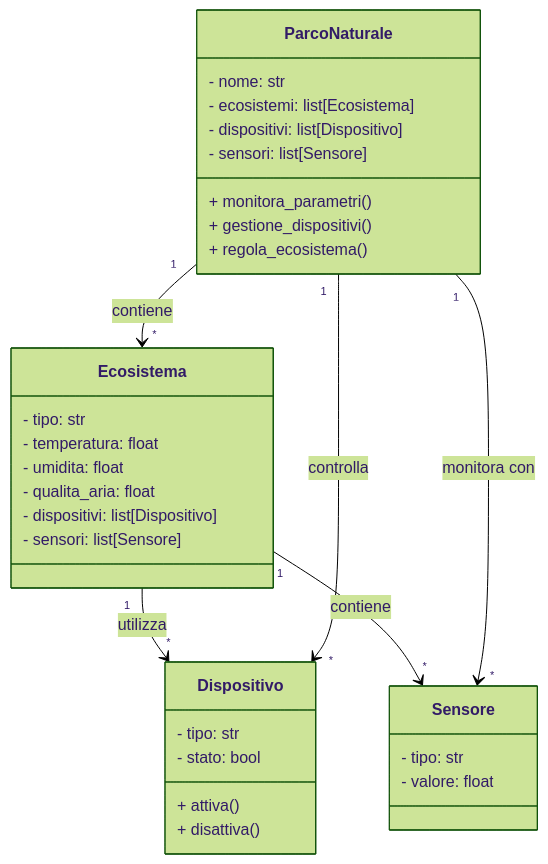
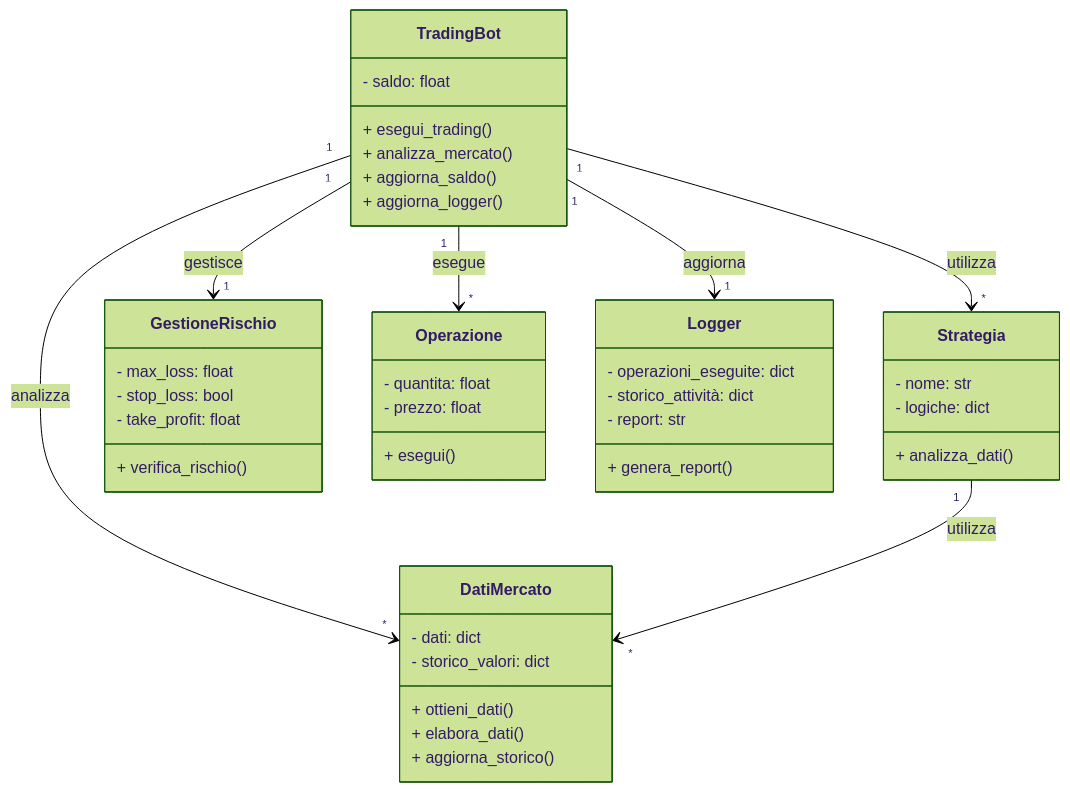
One commit to LucaBernardinii/esercizi_4M changed the diagram in esercizio_029/bernardini_es029.md. Above: the diagram before and after it, drawn with Mermaid (forest theme). The commit also changed 3 other files, not shown here.

````diff
--- a/esercizio_029/bernardini_es029.md
+++ b/esercizio_029/bernardini_es029.md
@@ -1,39 +1,51 @@
 ```mermaid
     classDiagram
-    class ParcoNaturale {
-        - nome: str
-        - ecosistemi: list[Ecosistema]
-        - dispositivi: list[Dispositivo]
-        - sensori: list[Sensore]
-        + monitora_parametri()
-        + gestione_dispositivi()
-        + regola_ecosistema()
-    }
-
-    class Ecosistema {
-        - tipo: str
-        - temperatura: float
-        - umidita: float
-        - qualita_aria: float
-        - dispositivi: list[Dispositivo]
-        - sensori: list[Sensore]
-    }
-
-    class Dispositivo {
-        - tipo: str
-        - stato: bool
-        + attiva()
-        + disattiva()
-    }
-
-    class Sensore {
-        - tipo: str
-        - valore: float
+        class TradingBot {
+            - saldo: float
+            + esegui_trading()
+            + analizza_mercato() 
+            + aggiorna_saldo()
+            + aggiorna_logger()
         }
 
-    ParcoNaturale "1" --> "*" Ecosistema: contiene
-    Ecosistema "1" --> "*" Dispositivo: utilizza
-    Ecosistema "1" --> "*" Sensore: contiene
-    ParcoNaturale "1" --> "*" Dispositivo: controlla
-    ParcoNaturale "1" --> "*" Sensore: monitora con
+        class Strategia {
+            - nome: str
+            - logiche: dict
+            + analizza_dati()
+        }
+
+        class GestioneRischio {
+            - max_loss: float
+            - stop_loss: bool
+            - take_profit: float
+            + verifica_rischio()
+        }
+
+        class DatiMercato {
+            - dati: dict
+            - storico_valori: dict
+            + ottieni_dati()
+            + elabora_dati()
+            + aggiorna_storico()
+        }
+
+        class Operazione {
+            - quantita: float
+            - prezzo: float
+            + esegui()
+        }
+
+        class Logger {
+            - operazioni_eseguite: dict
+            - storico_attività: dict
+            - report: str
+            + genera_report()     
+        }
+
+        TradingBot "1" --> "*" Strategia: utilizza
+        TradingBot "1" --> "1" GestioneRischio: gestisce
+        TradingBot "1" --> "*" DatiMercato: analizza
+        Strategia "1" --> "*" DatiMercato: utilizza
+        TradingBot "1" --> "*" Operazione: esegue
+        TradingBot "1" --> "1" Logger: aggiorna
 ```
````
